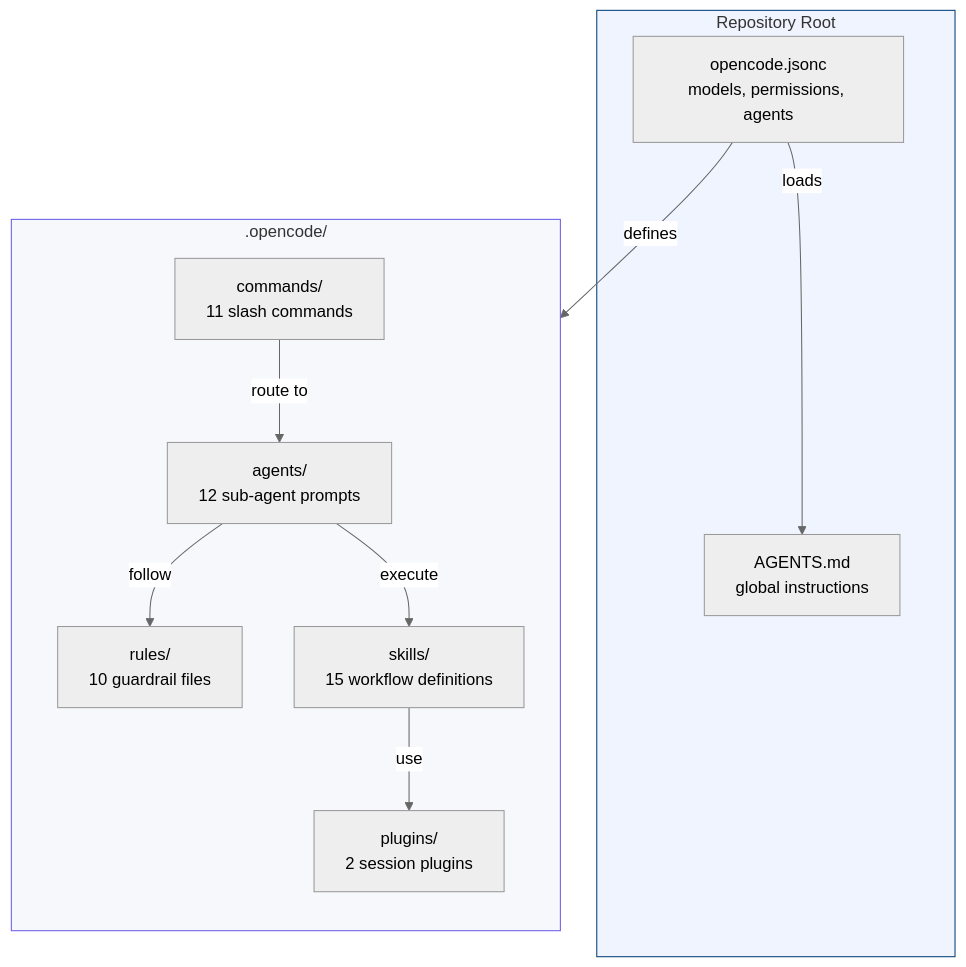
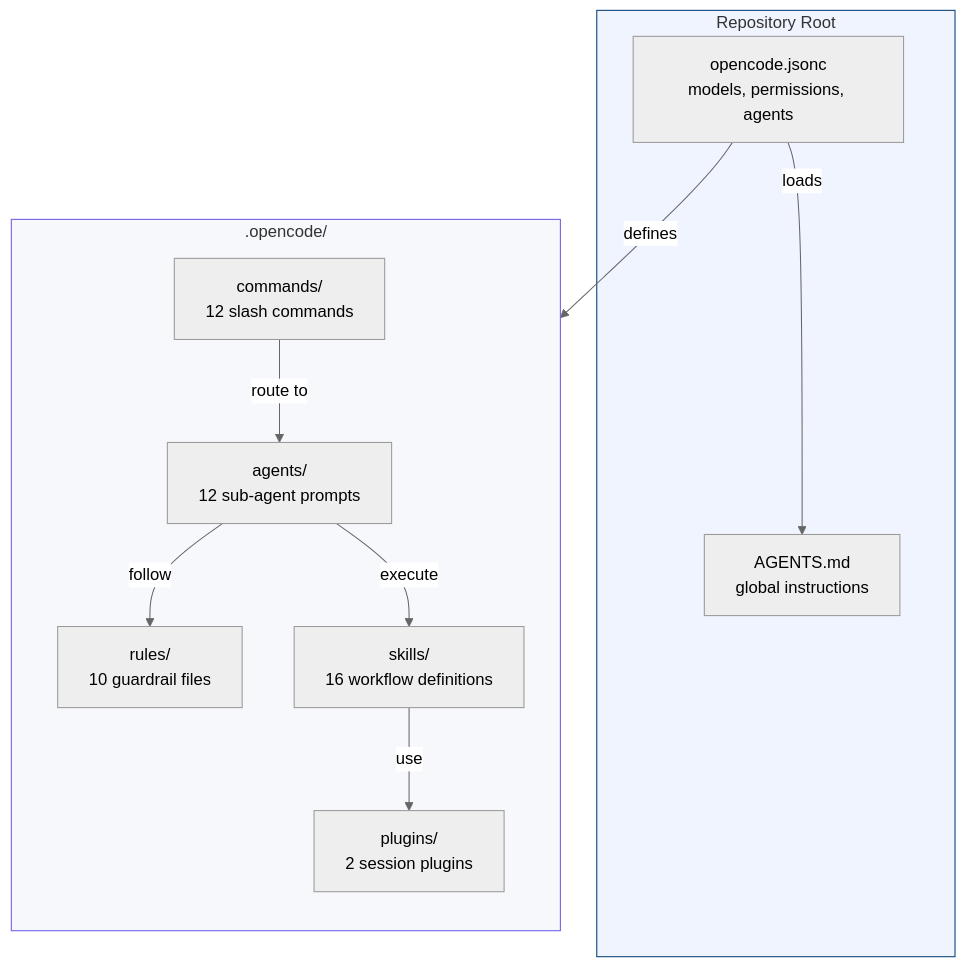
One commit to mock-server/mockserver changed the first of 7 diagrams in docs/operations/opencode-configuration.md. Above: the diagram before and after it, drawn with Mermaid (neutral theme). The commit also changed other lines of this file and 13 other files, not shown here.

````diff
--- a/docs/operations/opencode-configuration.md
+++ b/docs/operations/opencode-configuration.md
@@ -11,33 +11,33 @@
 ```mermaid
 flowchart TB
     subgraph Root["Repository Root"]
         CONFIG["opencode.jsonc
 models, permissions, agents"]
         AGENTS_MD["AGENTS.md
 global instructions"]
     end
 
     subgraph Harness[".opencode/"]
         direction TB
         AG["agents/
 12 sub-agent prompts"]
         RU["rules/
 10 guardrail files"]
         SK["skills/
-15 workflow definitions"]
+16 workflow definitions"]
         CM["commands/
-11 slash commands"]
+12 slash commands"]
         PL["plugins/
 2 session plugins"]
     end
 
     CONFIG -->|"loads"| AGENTS_MD
     CONFIG -->|"defines"| AG
     AG -->|"follow"| RU
     AG -->|"execute"| SK
     CM -->|"route to"| AG
     SK -->|"use"| PL
 
     style Root fill:#f0f4ff,stroke:#003d75
     style Harness fill:#f7f8fc,stroke:#6b5ce7
 ```
````
